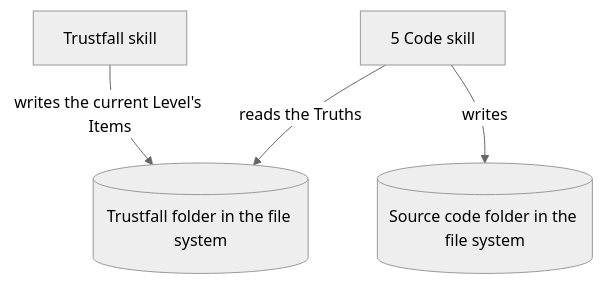
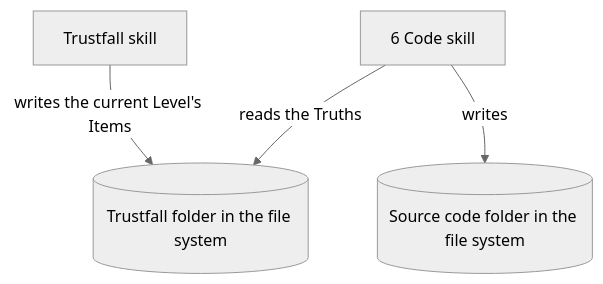
Before and after one commit to jehna/trustfall: the second of 4 diagrams in trustfall/3-architecture.md, drawn with Mermaid (neutral theme). The commit also changed other lines of this file and 12 other files, not shown here.

````diff
--- a/trustfall/3-architecture.md
+++ b/trustfall/3-architecture.md
@@ -23,10 +24,10 @@
 ```mermaid
 flowchart TD
   trustfall[Trustfall skill]
-  code[5 Code skill]
+  code[6 Code skill]
   levels[(Trustfall folder in the file system)]
   source[(Source code folder in the file system)]
   trustfall -- writes the current Level's Items --> levels
   code -- reads the Truths --> levels
   code -- writes --> source
 ```
````
